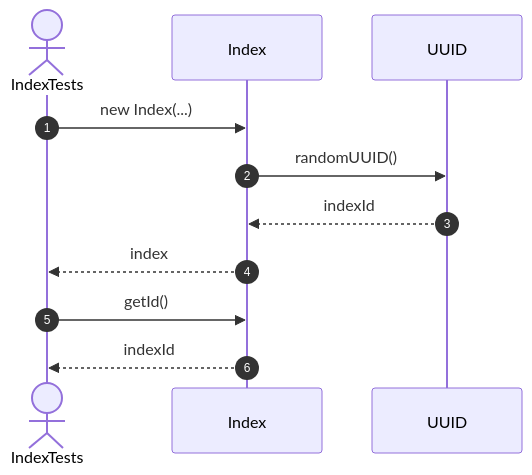
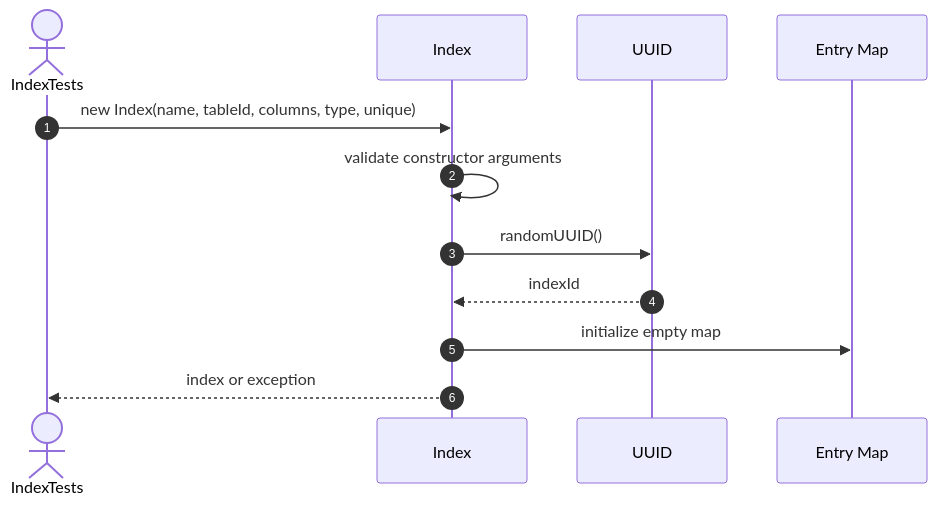
Before and after one commit to FhuAnn/-bbv-AN-s-DBMS: the third of 50 diagrams in src/tests/unit/metadata/sequences/indexs-testing.se.md, drawn with Mermaid. The commit also changed other lines of this file and 9 other files, not shown here.

Commit message:
table and row run test successfully, remaining constraint object

````diff
--- a/src/tests/unit/metadata/sequences/indexs-testing.se.md
+++ b/src/tests/unit/metadata/sequences/indexs-testing.se.md
@@ -25,15 +41,15 @@
 ```mermaid
 sequenceDiagram
     autonumber
     actor Test as IndexTests
     participant Index as Index
     participant UUID as UUID
+    participant Entries as Entry Map
 
-    Test->>Index: new Index(...)
+    Test->>Index: new Index(name, tableId, columns, type, unique)
+    Index->>Index: validate constructor arguments
     Index->>UUID: randomUUID()
     UUID-->>Index: indexId
-    Index-->>Test: index
-
-    Test->>Index: getId()
-    Index-->>Test: indexId
+    Index->>Entries: initialize empty map
+    Index-->>Test: index or exception
 ```
````
